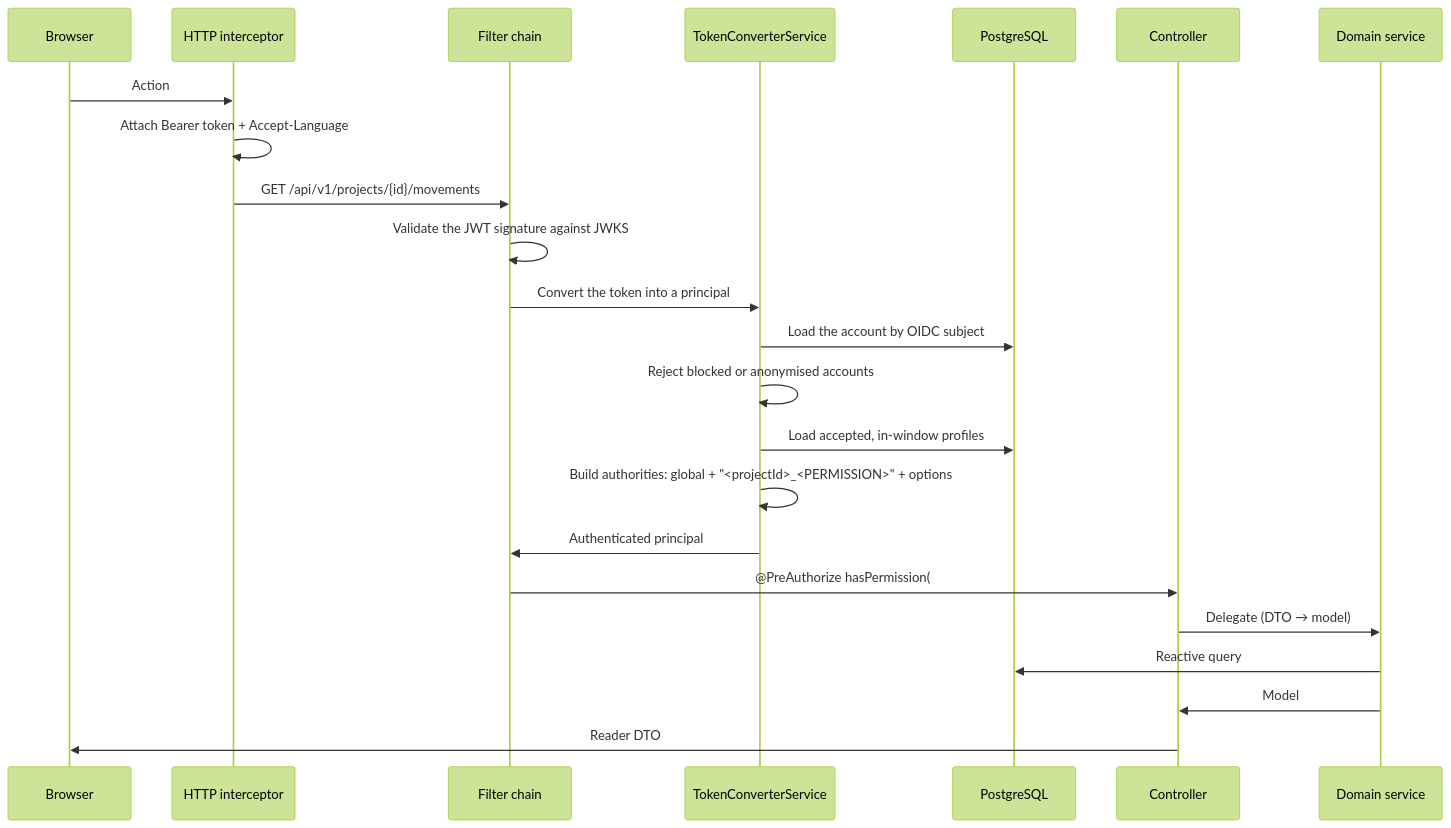
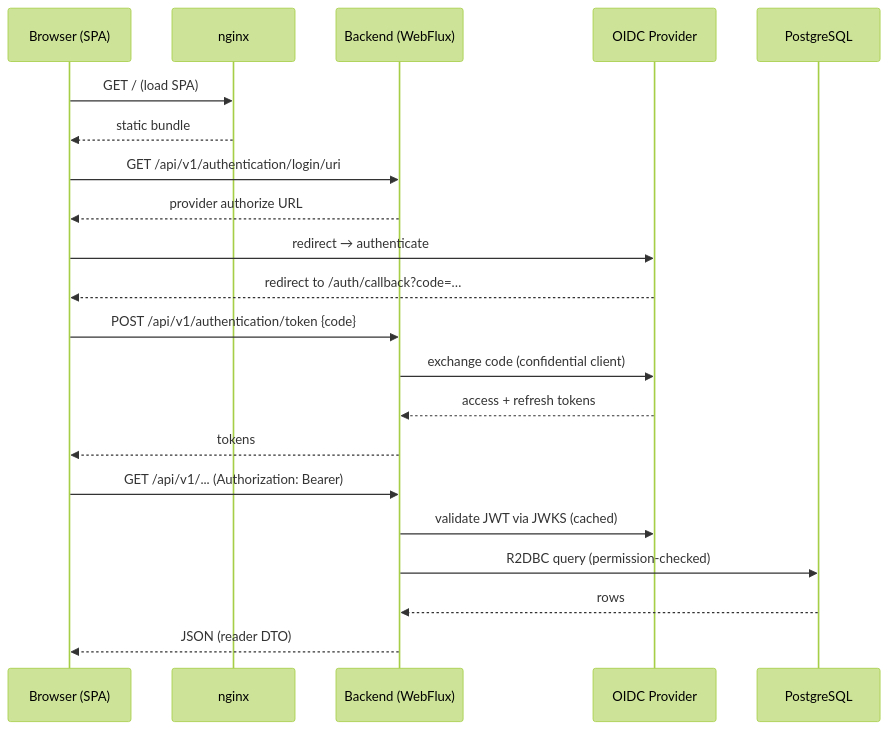
The second of 2 diagrams in documentation/registry/technical/architecture.md (laucoin/Documentations), drawn with Mermaid (forest theme) before and after one commit. The commit also changed other lines of this file and 35 other files, not shown here.

````diff
--- a/documentation/registry/technical/architecture.md
+++ b/documentation/registry/technical/architecture.md
@@ -44,26 +66,24 @@
 ```mermaid
 sequenceDiagram
-    participant B as Browser
-    participant I as HTTP interceptor
-    participant F as Filter chain
-    participant T as TokenConverterService
-    participant DB as PostgreSQL
-    participant C as Controller
-    participant S as Domain service
+    participant B as Browser (SPA)
+    participant N as nginx
+    participant A as Backend (WebFlux)
+    participant I as OIDC Provider
+    participant D as PostgreSQL
 
-    B->>I: Action
-    I->>I: Attach Bearer token + Accept-Language
-    I->>F: GET /api/v1/projects/{id}/movements
-    F->>F: Validate the JWT signature against JWKS
-    F->>T: Convert the token into a principal
-    T->>DB: Load the account by OIDC subject
-    T->>T: Reject blocked or anonymised accounts
-    T->>DB: Load accepted, in-window profiles
-    T->>T: Build authorities: global + "<projectId>_<PERMISSION>" + options
-    T->>F: Authenticated principal
-    F->>C: @PreAuthorize hasPermission(#projectId, '…')
-    C->>S: Delegate (DTO → model)
-    S->>DB: Reactive query
-    S->>C: Model
-    C->>B: Reader DTO
+    B->>N: GET / (load SPA)
+    N-->>B: static bundle
+    B->>A: GET /api/v1/authentication/login/uri
+    A-->>B: provider authorize URL
+    B->>I: redirect → authenticate
+    I-->>B: redirect to /auth/callback?code=…
+    B->>A: POST /api/v1/authentication/token {code}
+    A->>I: exchange code (confidential client)
+    I-->>A: access + refresh tokens
+    A-->>B: tokens
+    B->>A: GET /api/v1/... (Authorization: Bearer)
+    A->>I: validate JWT via JWKS (cached)
+    A->>D: R2DBC query (permission-checked)
+    D-->>A: rows
+    A-->>B: JSON (reader DTO)
 ```
````
